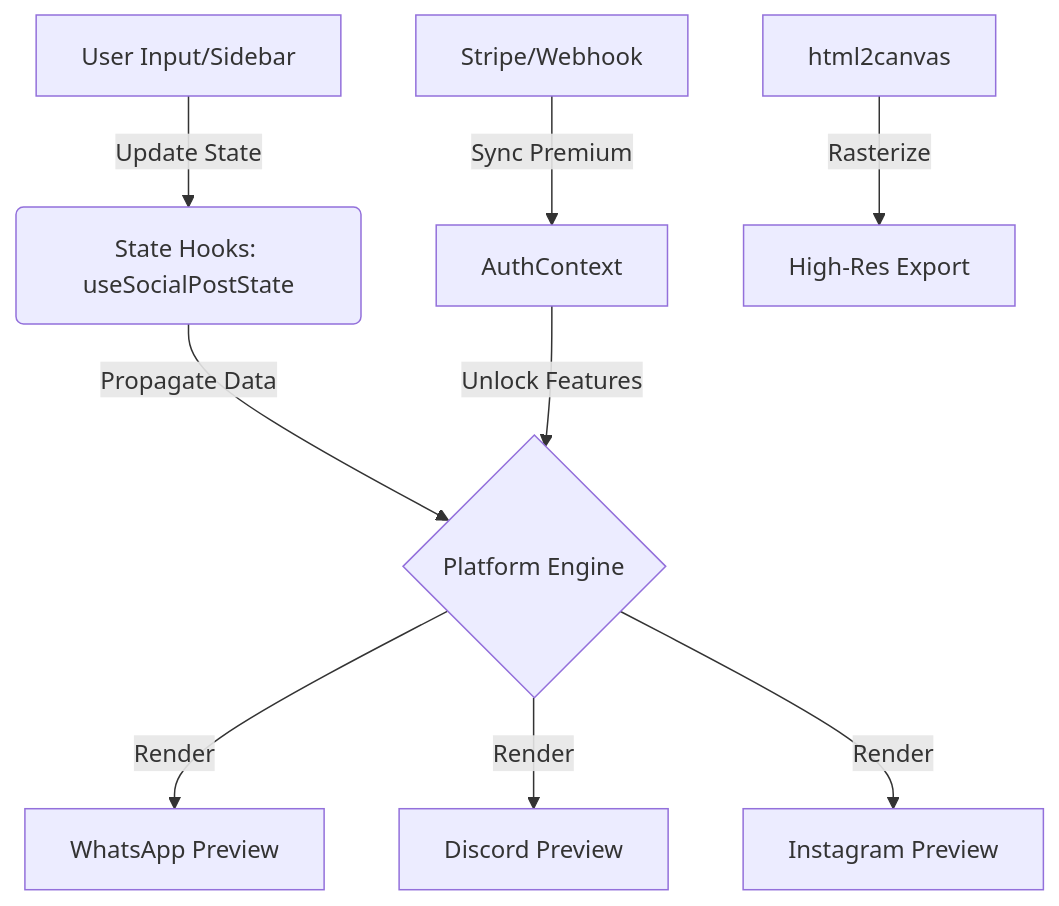
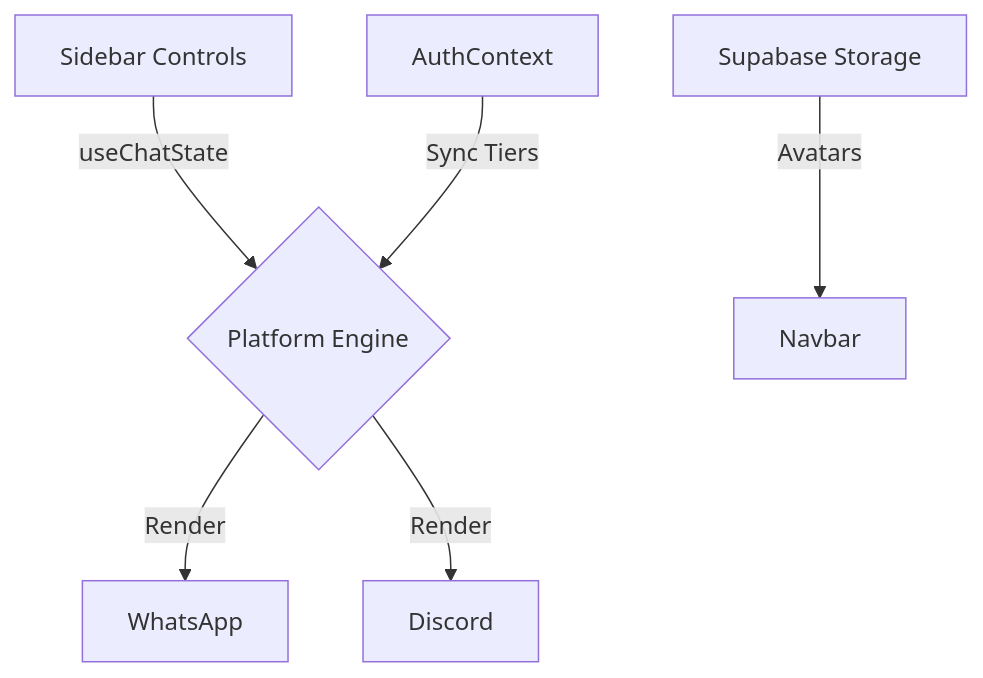
The diagram in README.md (YumiNoona/VeilY), drawn with Mermaid before and after one commit. The commit also changed other lines of this file and 5 other files, not shown here.

````diff
--- a/README.md
+++ b/README.md
@@ -82,11 +78,8 @@
 ```mermaid
 graph TD
-    A[User Input/Sidebar] -->|Update State| B(State Hooks: useSocialPostState)
-    B -->|Propagate Data| C{Platform Engine}
-    C -->|Render| D[WhatsApp Preview]
-    C -->|Render| E[Discord Preview]
-    C -->|Render| F[Instagram Preview]
-    G[AuthContext] -->|Unlock Features| C
-    H[Stripe/Webhook] -->|Sync Premium| G
-    I[html2canvas] -->|Rasterize| J[High-Res Export]
+    A[Sidebar Controls] -->|useChatState| B{Platform Engine}
+    B -->|Render| C[WhatsApp]
+    B -->|Render| D[Discord]
+    E[AuthContext] -->|Sync Tiers| B
+    F[Supabase Storage] -->|Avatars| G[Navbar]
 ```
````
